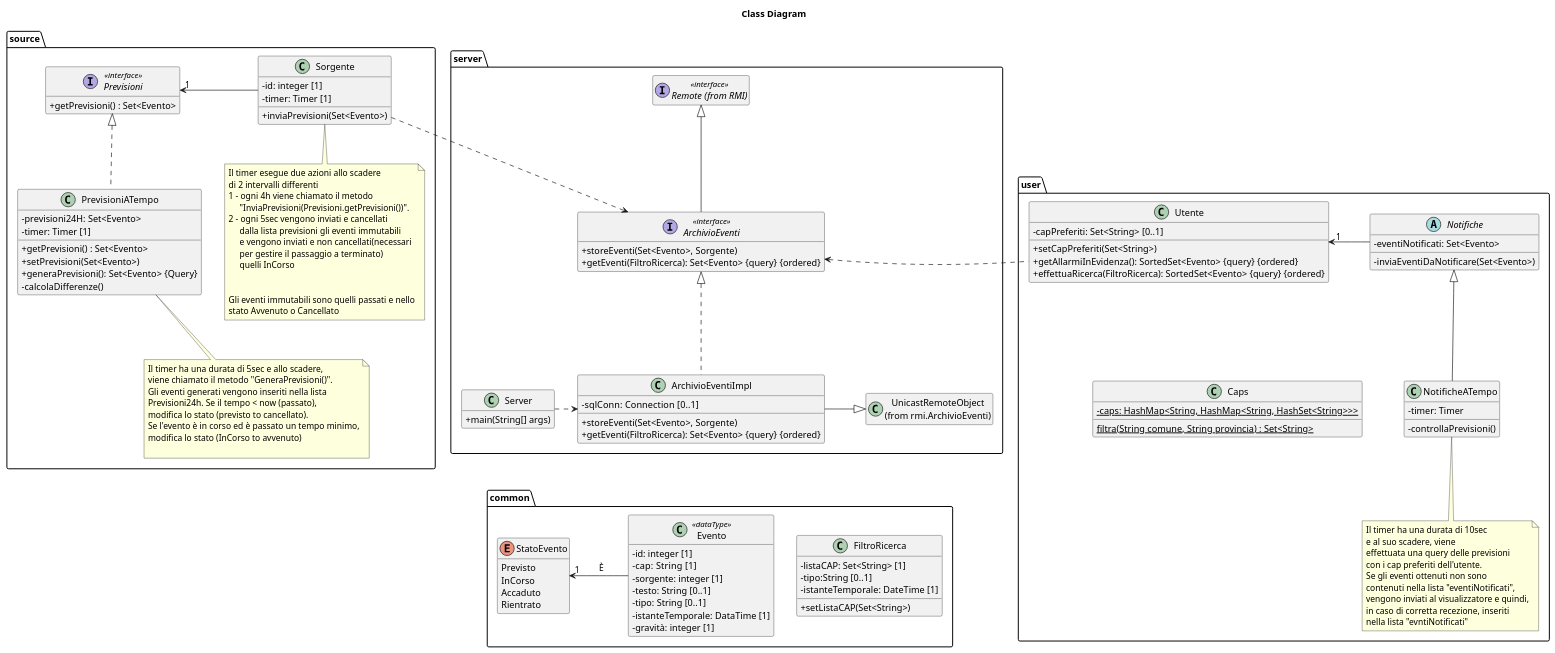
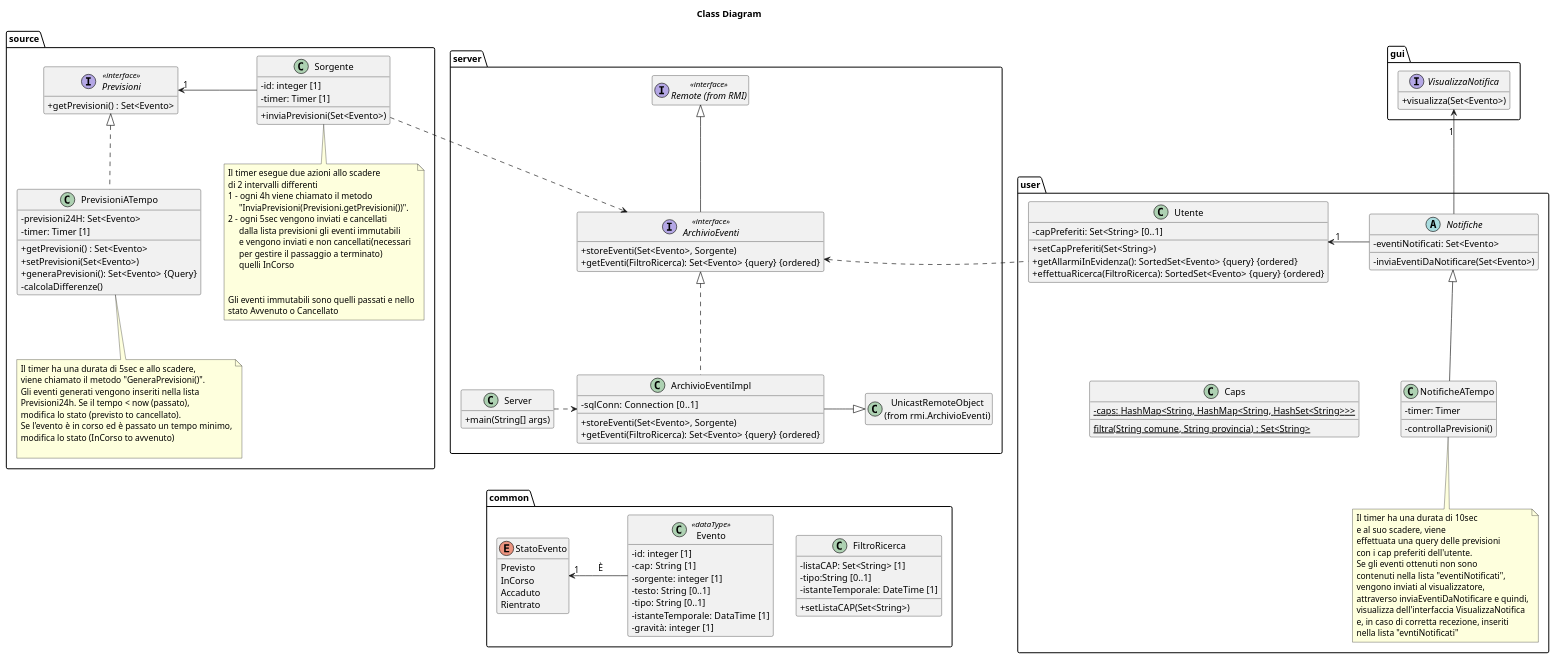
One commit to xFA25E/sweng_14_2019 changed the diagram in docs/diagrams/class.puml. Above: the diagram before and after it, drawn with PlantUML. The commit also changed 1 other file, not shown here.

Commit message:
added gui package and his VisualizzaNotifica interface

```diff
--- a/docs/diagrams/class.puml
+++ b/docs/diagrams/class.puml
@@ -1,124 +1,132 @@
 @startuml
 title Class Diagram
 package source {
     interface Previsioni<<interface>> {
         + getPrevisioni() : Set<Evento>
     }
 
     class PrevisioniATempo {
         - previsioni24H: Set<Evento>
         - timer: Timer [1]
         + getPrevisioni() : Set<Evento>
         + setPrevisioni(Set<Evento>)
         + generaPrevisioni(): Set<Evento> {Query}
         - calcolaDifferenze()
     }
 
     class Sorgente {
         - id: integer [1]
         - timer: Timer [1]
         + inviaPrevisioni(Set<Evento>)
     }
     note bottom of Sorgente: Il timer esegue due azioni allo scadere\ndi 2 intervalli differenti\n1 - ogni 4h viene chiamato il metodo\n     "InviaPrevisioni(Previsioni.getPrevisioni())".\n2 - ogni 5sec vengono inviati e cancellati\n     dalla lista previsioni gli eventi immutabili\n     e vengono inviati e non cancellati(necessari\n     per gestire il passaggio a terminato)\n     quelli InCorso\n\n\nGli eventi immutabili sono quelli passati e nello\nstato Avvenuto o Cancellato      
     note bottom of PrevisioniATempo: Il timer ha una durata di 5sec e allo scadere,\nviene chiamato il metodo "GeneraPrevisioni()".\nGli eventi generati vengono inseriti nella lista\nPrevisioni24h. Se il tempo < now (passato),\nmodifica lo stato (previsto to cancellato).\nSe l'evento è in corso ed è passato un tempo minimo,\nmodifica lo stato (InCorso to avvenuto)\n
 
     Previsioni "1" <- Sorgente : \t\t\t
     Previsioni <|.. PrevisioniATempo
 }
 
 package server{
     interface "Remote (from RMI)" as Remote <<interface>>
 
     interface ArchivioEventi<<interface>> {
         + storeEventi(Set<Evento>, Sorgente)
         + getEventi(FiltroRicerca): Set<Evento> {query} {ordered}
     }
 
     class ArchivioEventiImpl {
         - sqlConn: Connection  [0..1]
         + storeEventi(Set<Evento>, Sorgente)
         + getEventi(FiltroRicerca): Set<Evento> {query} {ordered}
     }
 
     class "UnicastRemoteObject\n(from rmi.ArchivioEventi)" as UnicastRemoteObject
 
     class Server {
         + main(String[] args)
     }
 
     Remote <|-- ArchivioEventi
     ArchivioEventi <|.. ArchivioEventiImpl
     ArchivioEventiImpl -|> UnicastRemoteObject :\t
     Server .> ArchivioEventiImpl
 }
 
 Sorgente .> ArchivioEventi
 
 package user {
     class Utente {
         - capPreferiti: Set<String> [0..1]
         + setCapPreferiti(Set<String>)
         + getAllarmiInEvidenza(): SortedSet<Evento> {query} {ordered}
         + effettuaRicerca(FiltroRicerca): SortedSet<Evento> {query} {ordered}
     }
 
     abstract Notifiche {
         - eventiNotificati: Set<Evento>
         - inviaEventiDaNotificare(Set<Evento>)
     }
 
     class NotificheATempo {
         - timer: Timer
         - controllaPrevisioni()
     }
-    note bottom of NotificheATempo: Il timer ha una durata di 10sec\ne al suo scadere, viene\neffettuata una query delle previsioni\ncon i cap preferiti dell'utente.\nSe gli eventi ottenuti non sono\ncontenuti nella lista "eventiNotificati",\nvengono inviati al visualizzatore e quindi,\nin caso di corretta recezione, inseriti\nnella lista "evntiNotificati"
+    note bottom of NotificheATempo: Il timer ha una durata di 10sec\ne al suo scadere, viene\neffettuata una query delle previsioni\ncon i cap preferiti dell'utente.\nSe gli eventi ottenuti non sono\ncontenuti nella lista "eventiNotificati",\nvengono inviati al visualizzatore,\nattraverso inviaEventiDaNotificare e quindi,\nvisualizza dell'interfaccia VisualizzaNotifica\ne, in caso di corretta recezione, inseriti\nnella lista "evntiNotificati"
 
     class Caps {
         - {static} caps: HashMap<String, HashMap<String, HashSet<String>>>
         {static} filtra(String comune, String provincia) : Set<String>
     }
 
     Utente " 1" <- Notifiche :\t
     Notifiche <|-- NotificheATempo
 }
 
 ArchivioEventi <. Utente
 
 package common {
     enum StatoEvento {
         Previsto
         InCorso
         Accaduto
         Rientrato
     }
 
     class Evento<<dataType>> {
         - id: integer [1]
         - cap: String  [1]
         - sorgente: integer [1]
         - testo: String [0..1]
         - tipo: String [0..1]
         - istanteTemporale: DataTime [1]
         - gravità: integer [1]
     }
 
     StatoEvento "1" <- Evento: \tÈ\t
 
     class FiltroRicerca {
         - listaCAP: Set<String> [1]
         - tipo:String [0..1]
         - istanteTemporale: DateTime [1]
         + setListaCAP(Set<String>)
     }
 }
 
+package gui {
+    interface VisualizzaNotifica {
+        + visualizza(Set<Evento>)
+    }
+}
+
+VisualizzaNotifica "\n1" <-- Notifiche
+
 'Layout only
 hide empty members
 skinparam classAttributeIconSize 0
-PrevisioniATempo -[hidden]-- StatoEvento
+Sorgente -[hidden]--- StatoEvento
 ArchivioEventi .[hidden].> Server
 ArchivioEventiImpl .[hidden].> Evento
 Notifiche .[hidden].> FiltroRicerca
 Caps -[hidden]> NotificheATempo: \t
 
 @enduml
```
